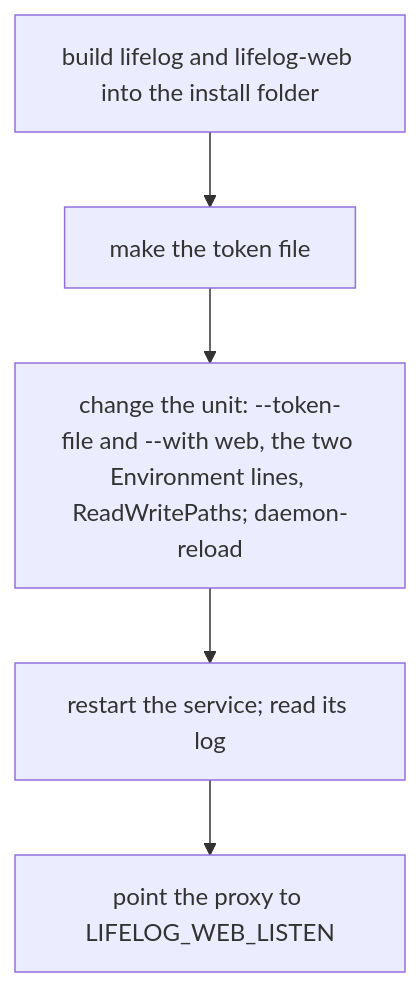
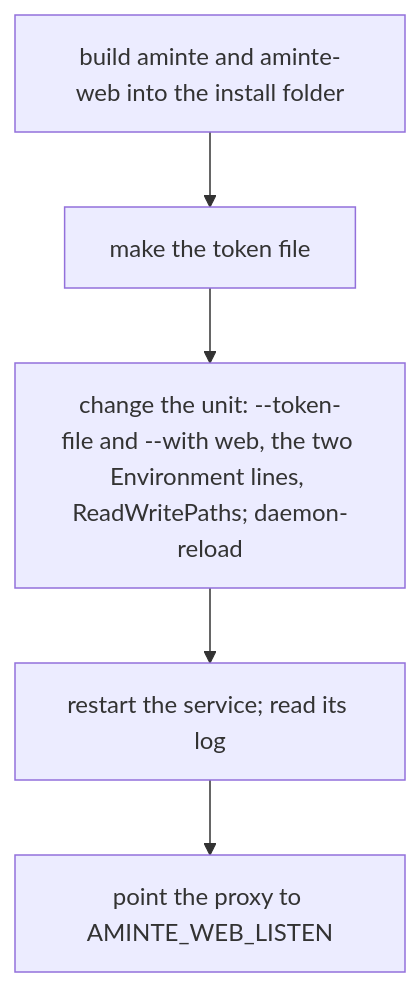
One commit to alexradunet/aminte changed the second of 8 diagrams in extensions/web/README.md. Above: the diagram before and after it, drawn with Mermaid. The commit also changed other lines of this file and 554 other files, not shown here.

First line of the commit message:
rename the project from lifelog to aminte

````diff
--- a/extensions/web/README.md
+++ b/extensions/web/README.md
@@ -70,7 +70,7 @@
 ```mermaid
 flowchart TD
-  B["build lifelog and lifelog-web into the install folder"] --> T["make the token file"]
+  B["build aminte and aminte-web into the install folder"] --> T["make the token file"]
   T --> U["change the unit: --token-file and --with web, the two Environment lines, ReadWritePaths; daemon-reload"]
   U --> R["restart the service; read its log"]
-  R --> P["point the proxy to LIFELOG_WEB_LISTEN"]
+  R --> P["point the proxy to AMINTE_WEB_LISTEN"]
 ```
````
